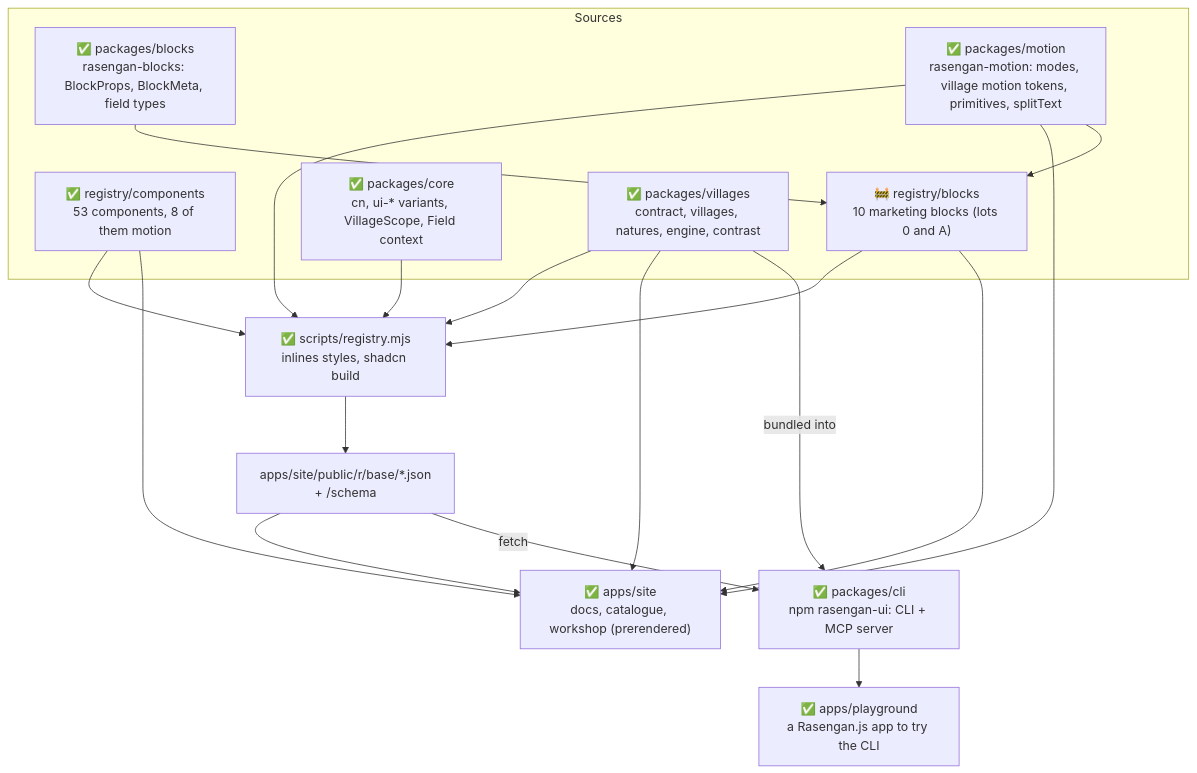
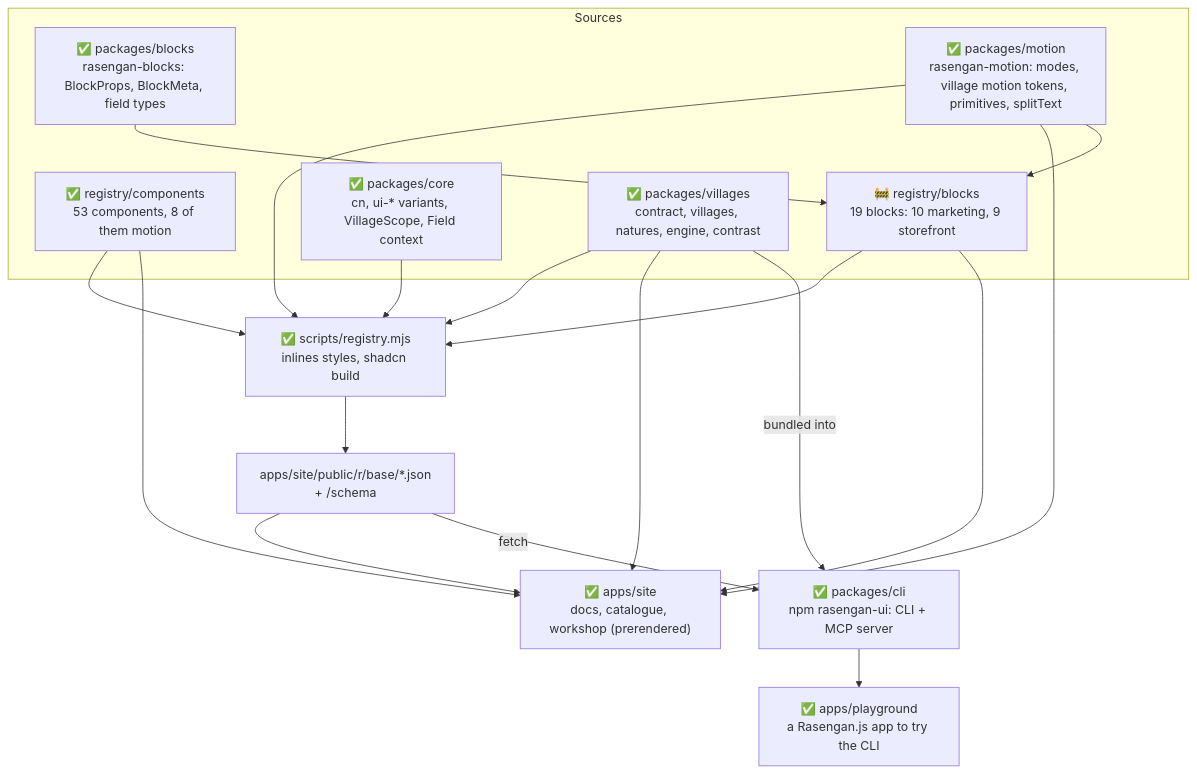
The second of 5 diagrams in docs/architecture.md (rasengan-dev/rasengan-ui), drawn with Mermaid before and after one commit. The commit also changed other lines of this file and 74 other files, not shown here.

First line of the commit message:
feat(blocks): RFC-0008 lot B, nine storefront blocks and the restaurant example

````diff
--- a/docs/architecture.md
+++ b/docs/architecture.md
@@ -41,34 +41,34 @@
 ```mermaid
 flowchart TB
   subgraph source[Sources]
     comps["✅ registry/components<br/>53 components, 8 of them motion"]
-    blocks["🚧 registry/blocks<br/>10 marketing blocks (lots 0 and A)"]
+    blocks["🚧 registry/blocks<br/>19 blocks: 10 marketing, 9 storefront"]
     blockslib["✅ packages/blocks<br/>rasengan-blocks: BlockProps, BlockMeta, field types"]
     core["✅ packages/core<br/>cn, ui-* variants, VillageScope, Field context"]
     villages["✅ packages/villages<br/>contract, villages, natures, engine, contrast"]
     motion["✅ packages/motion<br/>rasengan-motion: modes, village motion tokens, primitives, splitText"]
   end
 
   build["✅ scripts/registry.mjs<br/>inlines styles, shadcn build"]
   public["apps/site/public/r/base/*.json<br/>+ /schema"]
   site["✅ apps/site<br/>docs, catalogue, workshop (prerendered)"]
   cli["✅ packages/cli<br/>npm rasengan-ui: CLI + MCP server"]
   play["✅ apps/playground<br/>a Rasengan.js app to try the CLI"]
 
   comps --> build
   core --> build
   villages --> build
   build --> public
   public --> site
   villages --> site
   comps --> site
   public -- fetch --> cli
   villages -- bundled into --> cli
   cli --> play
   motion --> build
   motion --> site
   motion --> blocks
   blockslib --> blocks
   blocks --> build
   blocks --> site
 ```
````
